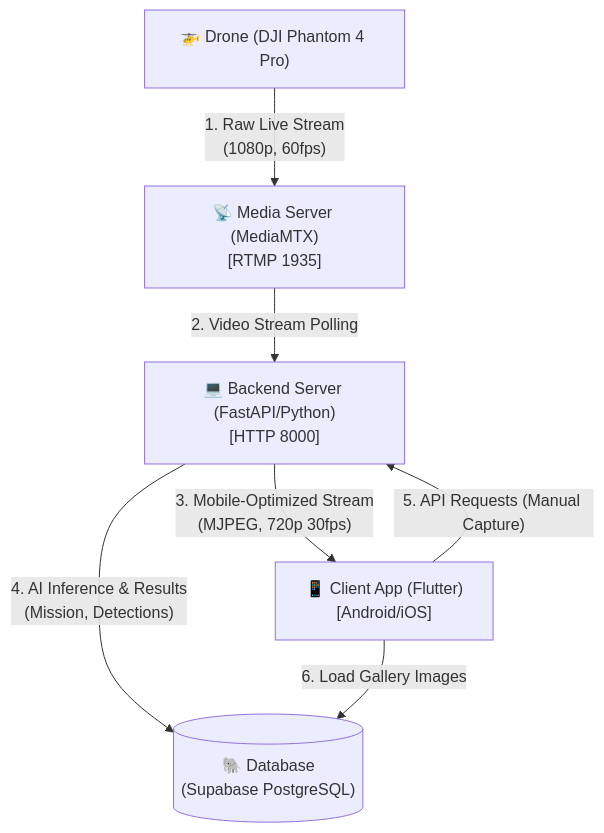
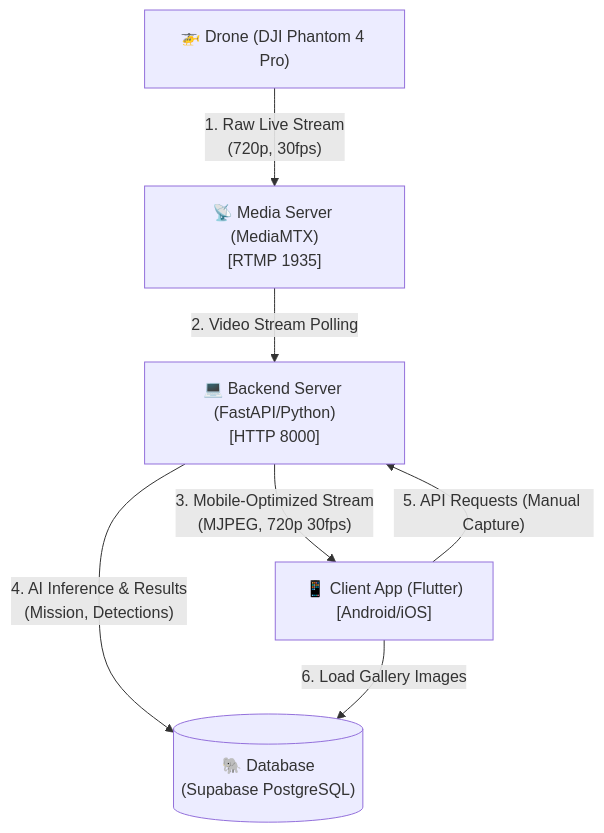
One commit to sorlros/WALL-E changed the diagram in README.md. Above: the diagram before and after it, drawn with Mermaid. The commit also changed 1 other file, not shown here.

Commit message:
readme 최신화

````diff
--- a/README.md
+++ b/README.md
@@ -14,15 +14,15 @@
 ```mermaid
 graph TD
     Drone["🚁 Drone (DJI Phantom 4 Pro)"]
     RTMP["📡 Media Server (MediaMTX)<br/>[RTMP 1935]"]
     Backend["💻 Backend Server (FastAPI/Python)<br/>[HTTP 8000]"]
     DB[("🐘 Database<br/>(Supabase PostgreSQL)")]
     App["📱 Client App (Flutter)<br/>[Android/iOS]"]
 
-    Drone -- "1. Raw Live Stream<br/>(1080p, 60fps)" --> RTMP
+    Drone -- "1. Raw Live Stream<br/>(720p, 30fps)" --> RTMP
     RTMP -- "2. Video Stream Polling" --> Backend
     Backend -- "4. AI Inference & Results<br/>(Mission, Detections)" --> DB
     Backend -- "3. Mobile-Optimized Stream<br/>(MJPEG, 720p 30fps)" --> App
     App -- "5. API Requests (Manual Capture)" --> Backend
     App -- "6. Load Gallery Images" --> DB
 ```
````
